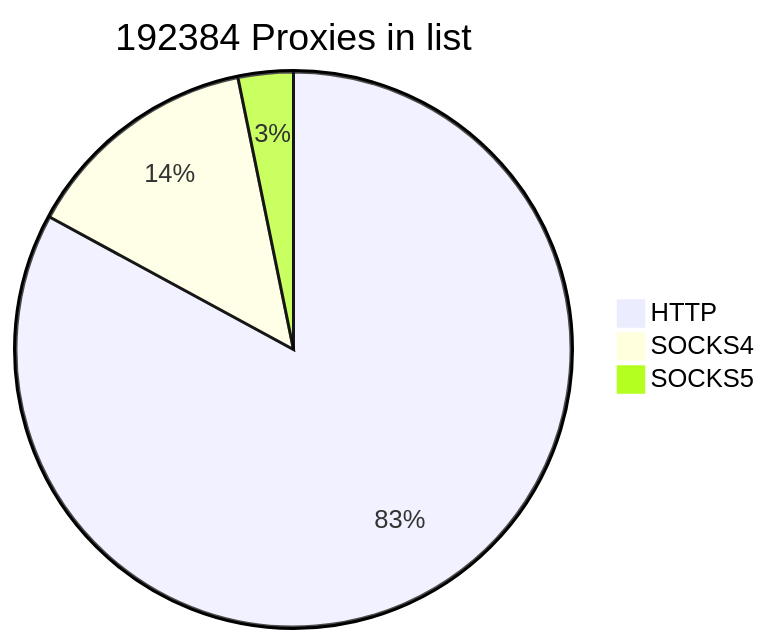
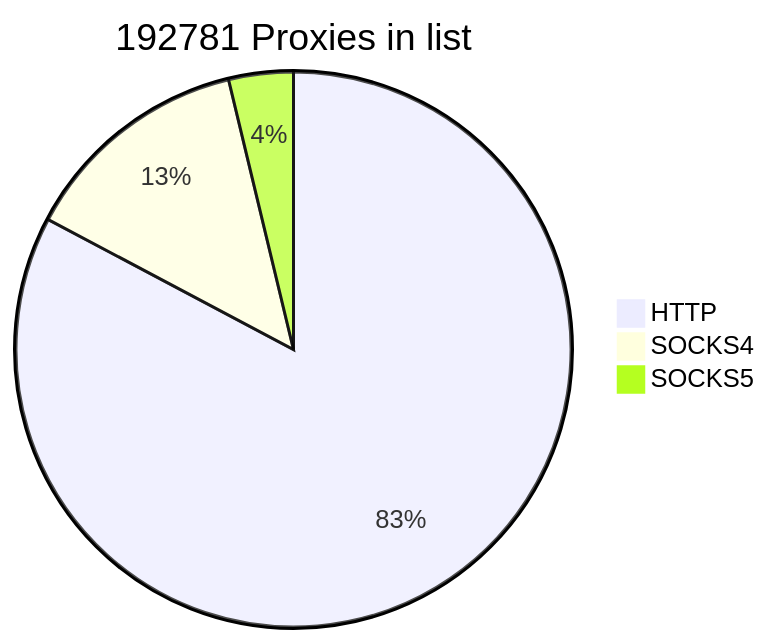
Before and after one commit to cutipu/proxylist: the first of 2 diagrams in README.md, drawn with Mermaid. The commit also changed other lines of this file, not shown here.

````diff
--- a/README.md
+++ b/README.md
@@ -2,7 +2,7 @@
 ```mermaid
-pie title 192384 Proxies in list
-    "HTTP" : 159530
-    "SOCKS4" : 26680
-    "SOCKS5" : 6174
+pie title 192781 Proxies in list
+    "HTTP" : 159531
+    "SOCKS4" : 26004
+    "SOCKS5" : 7246
             
 ```
````
